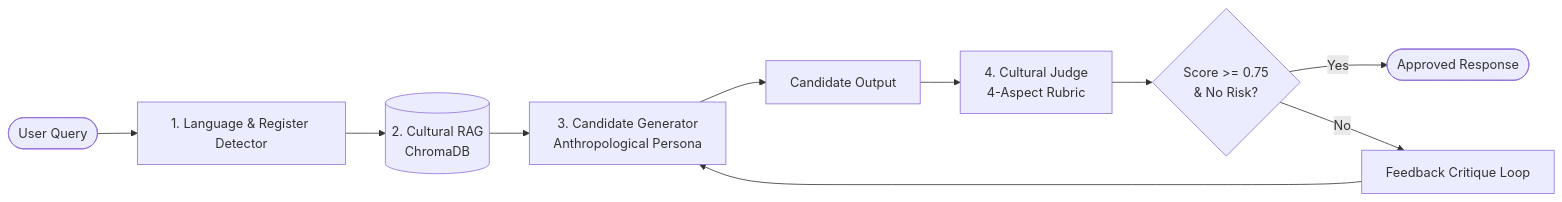
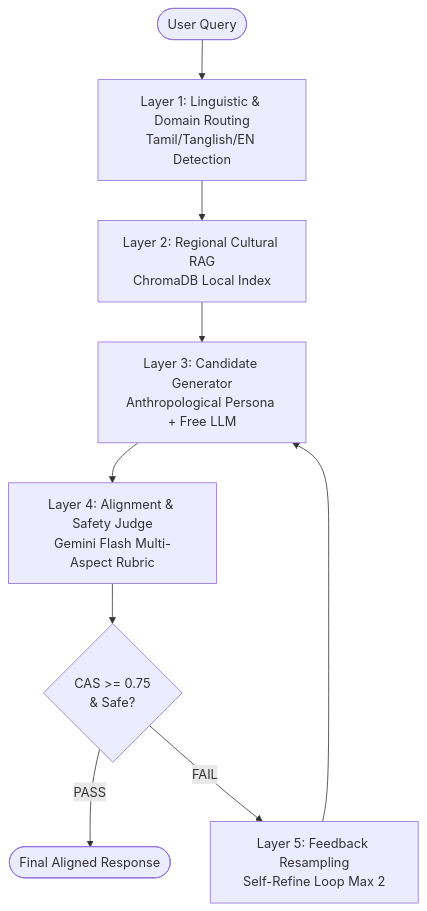
One commit to bhargava562/cultural-ai changed the diagram in README.md. Above: the diagram before and after it, drawn with Mermaid. The commit also changed other lines of this file and 10 other files, not shown here.

Commit message:
Update CAL-LLM architecture, evaluation rubric, and dataset pipeline

````diff
--- a/README.md
+++ b/README.md
@@ -37,12 +46,11 @@
 ```mermaid
-flowchart LR
-    Q([User Query]) --> DET[1. Language & Register Detector]
-    DET --> RAG[(2. Cultural RAG\nChromaDB)]
-    RAG --> GEN[3. Candidate Generator\nAnthropological Persona]
-    GEN --> CAND[Candidate Output]
-    CAND --> JUDGE[4. Cultural Judge\n4-Aspect Rubric]
-    JUDGE --> DEC{Score >= 0.75\n& No Risk?}
-    DEC -- Yes --> OUT([Approved Response])
-    DEC -- No --> FB[Feedback Critique Loop]
-    FB --> GEN
+flowchart TD
+    UserQuery([User Query]) --> L1[Layer 1: Linguistic & Domain Routing\nTamil/Tanglish/EN Detection]
+    L1 --> L2[Layer 2: Regional Cultural RAG\nChromaDB Local Index]
+    L2 --> L3[Layer 3: Candidate Generator\nAnthropological Persona + Free LLM]
+    L3 --> L4[Layer 4: Alignment & Safety Judge\nGemini Flash Multi-Aspect Rubric]
+    L4 --> Decision{CAS >= 0.75\n& Safe?}
+    Decision -- PASS --> Output([Final Aligned Response])
+    Decision -- FAIL --> L5[Layer 5: Feedback Resampling\nSelf-Refine Loop Max 2]
+    L5 --> L3
 ```
````
